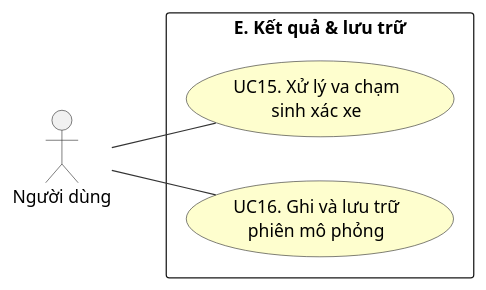
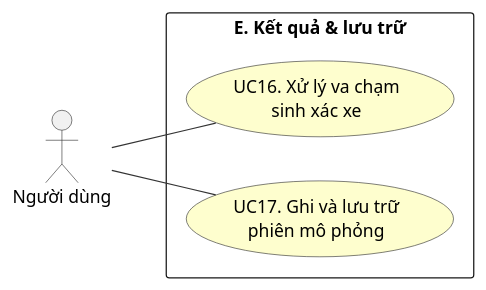
Before and after one commit to MinhHoang137/SUMO-GR1: the diagram in DiagramsCode/hinh2.7-usecase-nhom-E.puml, drawn with PlantUML. The commit also changed 33 other files, not shown here.

```diff
--- a/DiagramsCode/hinh2.7-usecase-nhom-E.puml
+++ b/DiagramsCode/hinh2.7-usecase-nhom-E.puml
@@ -1,19 +1,19 @@
 @startuml hinh2.7-usecase-nhom-E
 left to right direction
 skinparam packageStyle rectangle
 skinparam usecaseBorderColor #333333
 skinparam usecaseBackgroundColor #FEFECE
 skinparam actorBorderColor #333333
 skinparam ArrowColor #333333
 
 actor "Người dùng" as User
 
 rectangle "E. Kết quả & lưu trữ" {
-  usecase "UC15. Xử lý va chạm\nsinh xác xe" as UC15
-  usecase "UC16. Ghi và lưu trữ\nphiên mô phỏng" as UC16
+  usecase "UC16. Xử lý va chạm\nsinh xác xe" as UC16
+  usecase "UC17. Ghi và lưu trữ\nphiên mô phỏng" as UC17
 }
 
-User -- UC15
 User -- UC16
+User -- UC17
 
 @enduml
```
